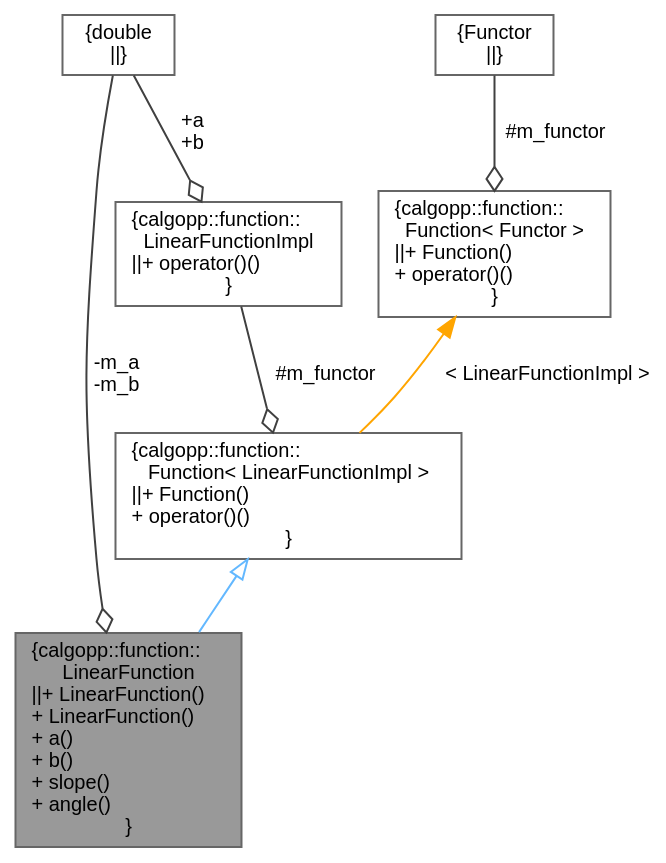
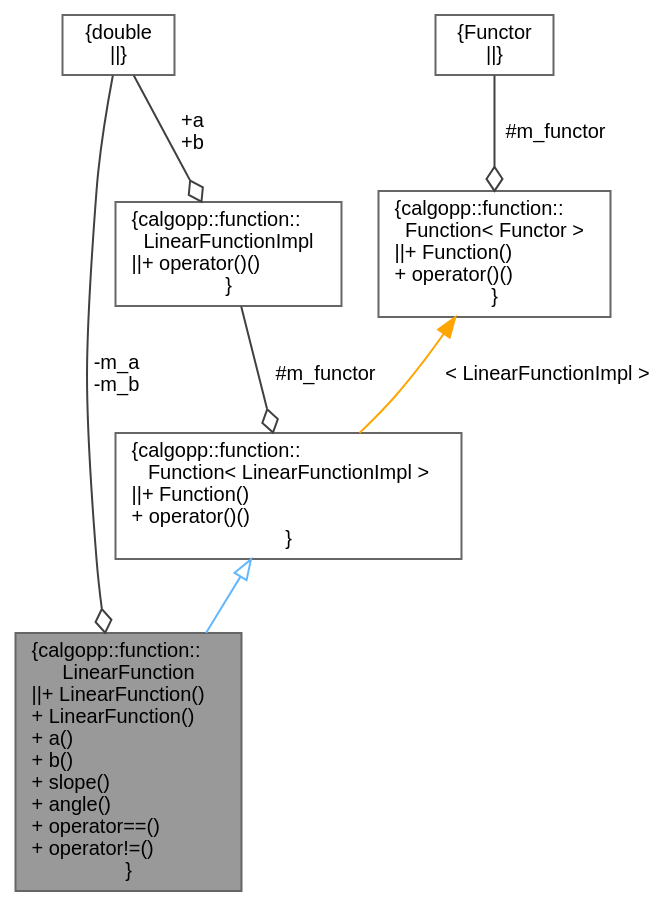
Before and after one commit to pawelekg95/algopp: the diagram in classcalgopp_1_1function_1_1LinearFunction__coll__graph.dot, drawn with Graphviz. The commit also changed 10 other files, not shown here.

```diff
--- a/classcalgopp_1_1function_1_1LinearFunction__coll__graph.dot
+++ b/classcalgopp_1_1function_1_1LinearFunction__coll__graph.dot
@@ -1,19 +1,19 @@
 digraph "calgopp::function::LinearFunction"
 {
  // LATEX_PDF_SIZE
   bgcolor="transparent";
   edge [fontname=Helvetica,fontsize=10,labelfontname=Helvetica,labelfontsize=10];
   node [fontname=Helvetica,fontsize=10,shape=box,height=0.2,width=0.4];
-  Node1 [label="{calgopp::function::\lLinearFunction\n||+ LinearFunction()\l+ LinearFunction()\l+ a()\l+ b()\l+ slope()\l+ angle()\l}",height=0.2,width=0.4,color="gray40", fillcolor="grey60", style="filled", fontcolor="black",tooltip=" "];
+  Node1 [label="{calgopp::function::\lLinearFunction\n||+ LinearFunction()\l+ LinearFunction()\l+ a()\l+ b()\l+ slope()\l+ angle()\l+ operator==()\l+ operator!=()\l}",height=0.2,width=0.4,color="gray40", fillcolor="grey60", style="filled", fontcolor="black",tooltip=" "];
   Node2 -> Node1 [dir="back",color="steelblue1",style="solid",arrowtail="onormal"];
   Node2 [label="{calgopp::function::\lFunction\< LinearFunctionImpl \>\n||+ Function()\l+ operator()()\l}",height=0.2,width=0.4,color="gray40", fillcolor="white", style="filled",URL="$classcalgopp_1_1function_1_1Function.html",tooltip=" "];
   Node3 -> Node2 [color="grey25",style="solid",label=" #m_functor" ,arrowhead="odiamond"];
   Node3 [label="{calgopp::function::\lLinearFunctionImpl\n||+ operator()()\l}",height=0.2,width=0.4,color="gray40", fillcolor="white", style="filled",URL="$structcalgopp_1_1function_1_1LinearFunctionImpl.html",tooltip=" "];
   Node4 -> Node3 [color="grey25",style="solid",label=" +a\n+b" ,arrowhead="odiamond"];
   Node4 [label="{double\n||}",height=0.2,width=0.4,color="gray40", fillcolor="white", style="filled",tooltip=" "];
   Node5 -> Node2 [dir="back",color="orange",style="solid",label=" \< LinearFunctionImpl \>" ];
   Node5 [label="{calgopp::function::\lFunction\< Functor \>\n||+ Function()\l+ operator()()\l}",height=0.2,width=0.4,color="gray40", fillcolor="white", style="filled",URL="$classcalgopp_1_1function_1_1Function.html",tooltip=" "];
   Node6 -> Node5 [color="grey25",style="solid",label=" #m_functor" ,arrowhead="odiamond"];
   Node6 [label="{Functor\n||}",height=0.2,width=0.4,color="gray40", fillcolor="white", style="filled",tooltip=" "];
   Node4 -> Node1 [color="grey25",style="solid",label=" -m_a\n-m_b" ,arrowhead="odiamond"];
 }
```
